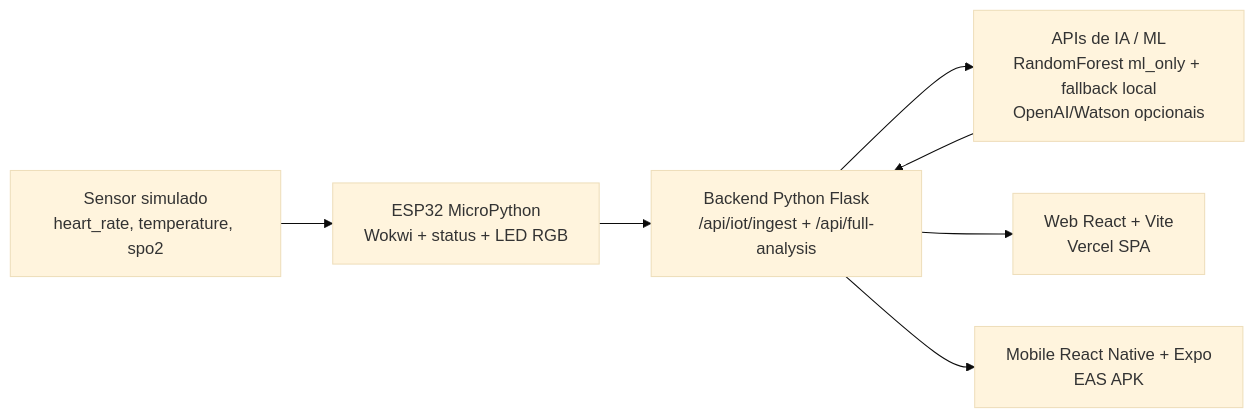
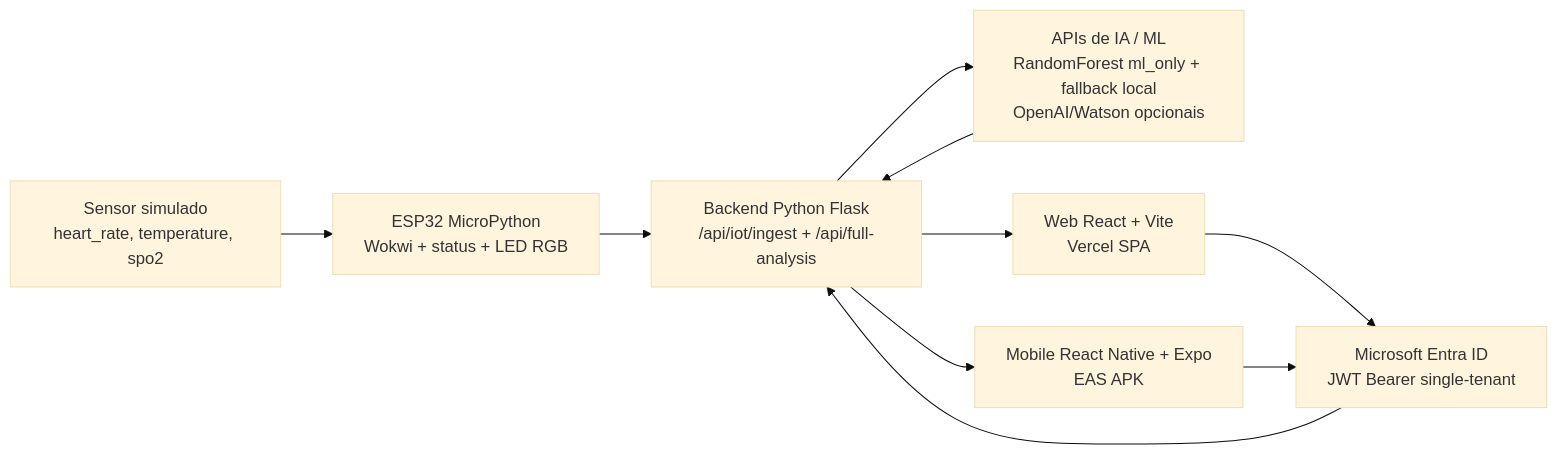
Before and after one commit to alexomantovanIA/2TIAOR20242-CardioIA-Solucao-Integrada-Fase7-Cap1: the diagram in docs/arquitetura_final.mmd, drawn with Mermaid (base theme). The commit also changed 31 other files, not shown here.

First line of the commit message:
feat(fase7): Entra ID no backend, specs 005 e guia de entrega

```diff
--- a/docs/arquitetura_final.mmd
+++ b/docs/arquitetura_final.mmd
@@ -1,14 +1,18 @@
 flowchart LR
     sensor["Sensor simulado<br/>heart_rate, temperature, spo2"]
     micropython["ESP32 MicroPython<br/>Wokwi + status + LED RGB"]
     backend["Backend Python Flask<br/>/api/iot/ingest + /api/full-analysis"]
+    auth["Microsoft Entra ID<br/>JWT Bearer single-tenant"]
     ai["APIs de IA / ML<br/>RandomForest ml_only + fallback local<br/>OpenAI/Watson opcionais"]
     web["Web React + Vite<br/>Vercel SPA"]
     mobile["Mobile React Native + Expo<br/>EAS APK"]
 
     sensor --> micropython
     micropython --> backend
     backend --> ai
     ai --> backend
+    auth --> backend
+    web --> auth
+    mobile --> auth
     backend --> web
     backend --> mobile
```
